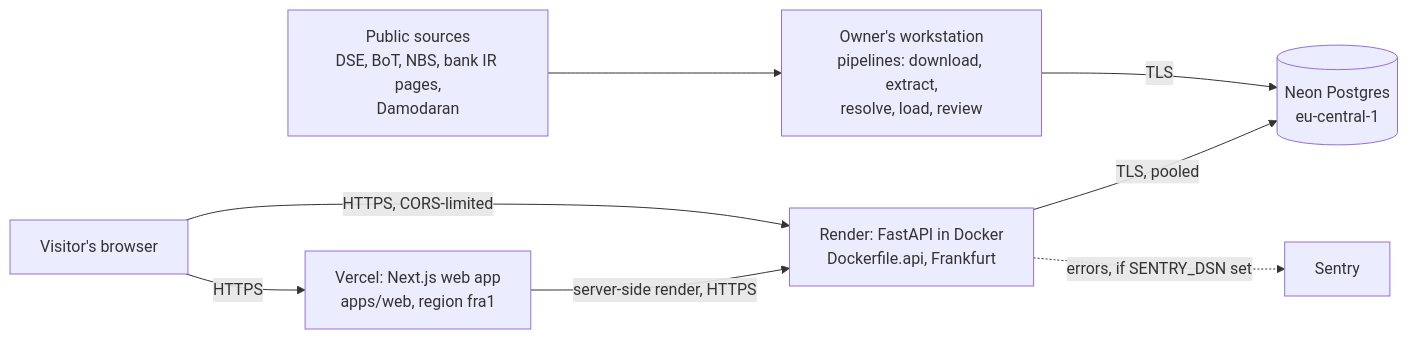
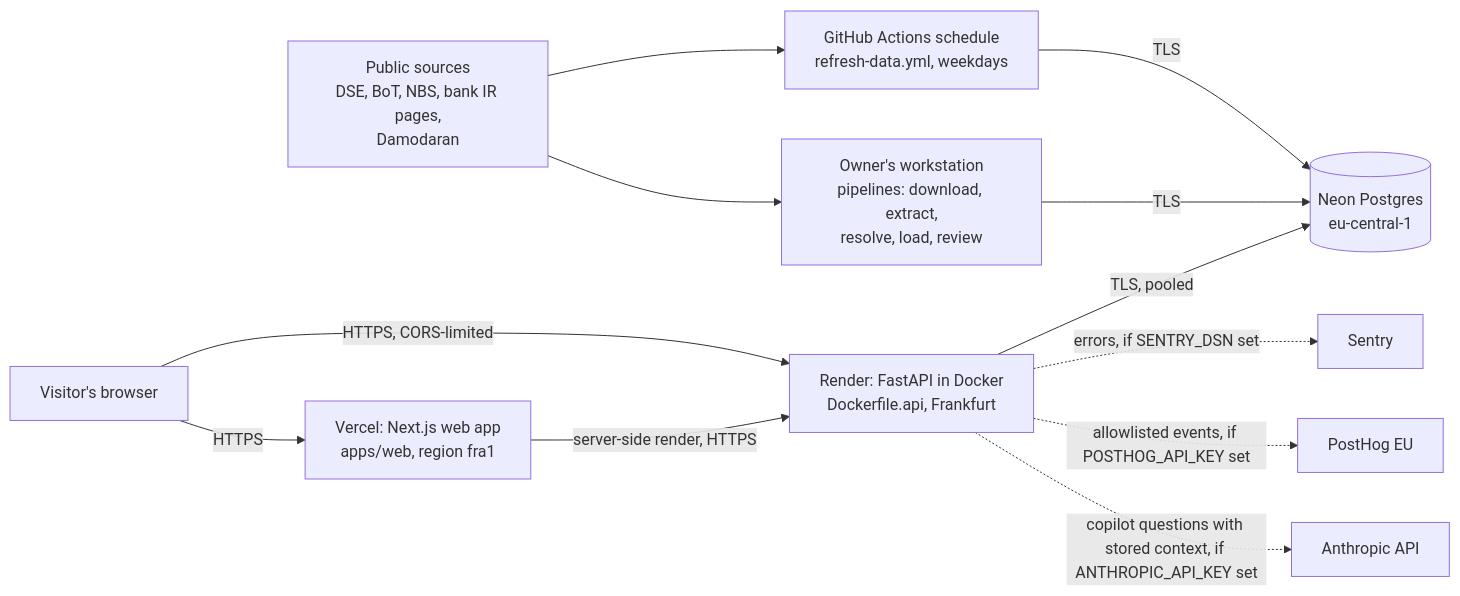
The diagram in docs/PRODUCTION_ARCHITECTURE.md (MORICE2004/my-afrianalyze), drawn with Mermaid before and after one commit. The commit also changed other lines of this file and 29 other files, not shown here.

````diff
--- a/docs/PRODUCTION_ARCHITECTURE.md
+++ b/docs/PRODUCTION_ARCHITECTURE.md
@@ -6,10 +6,14 @@
 ```mermaid
 flowchart LR
   U[Visitor's browser] -->|HTTPS| V[Vercel: Next.js web app<br/>apps/web, region fra1]
   V -->|server-side render, HTTPS| R[Render: FastAPI in Docker<br/>Dockerfile.api, Frankfurt]
   U -->|HTTPS, CORS-limited| R
   R -->|TLS, pooled| N[(Neon Postgres<br/>eu-central-1)]
   W[Owner's workstation<br/>pipelines: download, extract,<br/>resolve, load, review] -->|TLS| N
   S[Public sources<br/>DSE, BoT, NBS, bank IR pages,<br/>Damodaran] --> W
+  G[GitHub Actions schedule<br/>refresh-data.yml, weekdays] -->|TLS| N
+  S --> G
   R -. errors, if SENTRY_DSN set .-> E[Sentry]
+  R -. allowlisted events, if POSTHOG_API_KEY set .-> P[PostHog EU]
+  R -. copilot questions with stored context, if ANTHROPIC_API_KEY set .-> A[Anthropic API]
 ```
````
